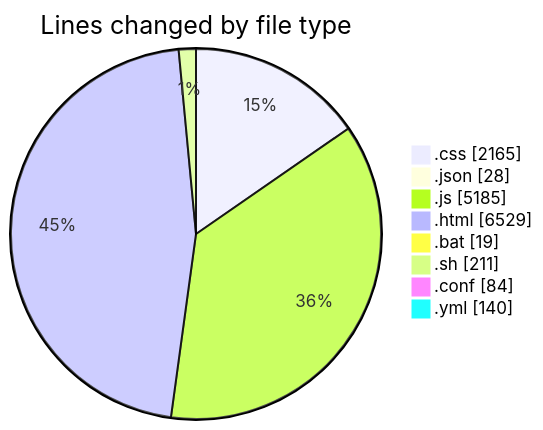
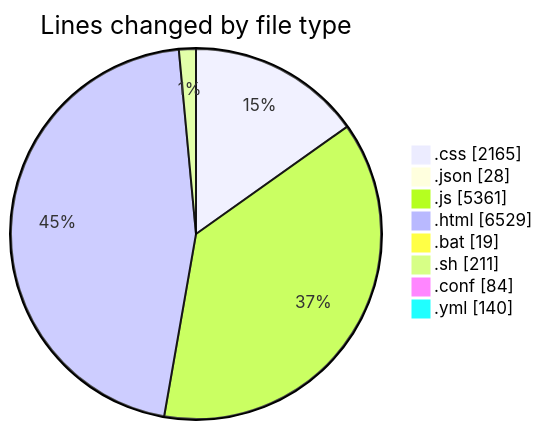
Before and after one commit to becaeroporto-bot/code-tracking: the first of 2 diagrams in 2026-02-18/bot_v1_2/README.md, drawn with Mermaid. The commit also changed other lines of this file and 1 other file, not shown here.

````diff
--- a/2026-02-18/bot_v1_2/README.md
+++ b/2026-02-18/bot_v1_2/README.md
@@ -42,12 +42,12 @@
 ```mermaid
 pie showData
 title Lines changed by file type
 ".css" : 2165
 ".json" : 28
-".js" : 5185
+".js" : 5361
 ".html" : 6529
 ".bat" : 19
 ".sh" : 211
 ".conf" : 84
 ".yml" : 140
 ```
````
